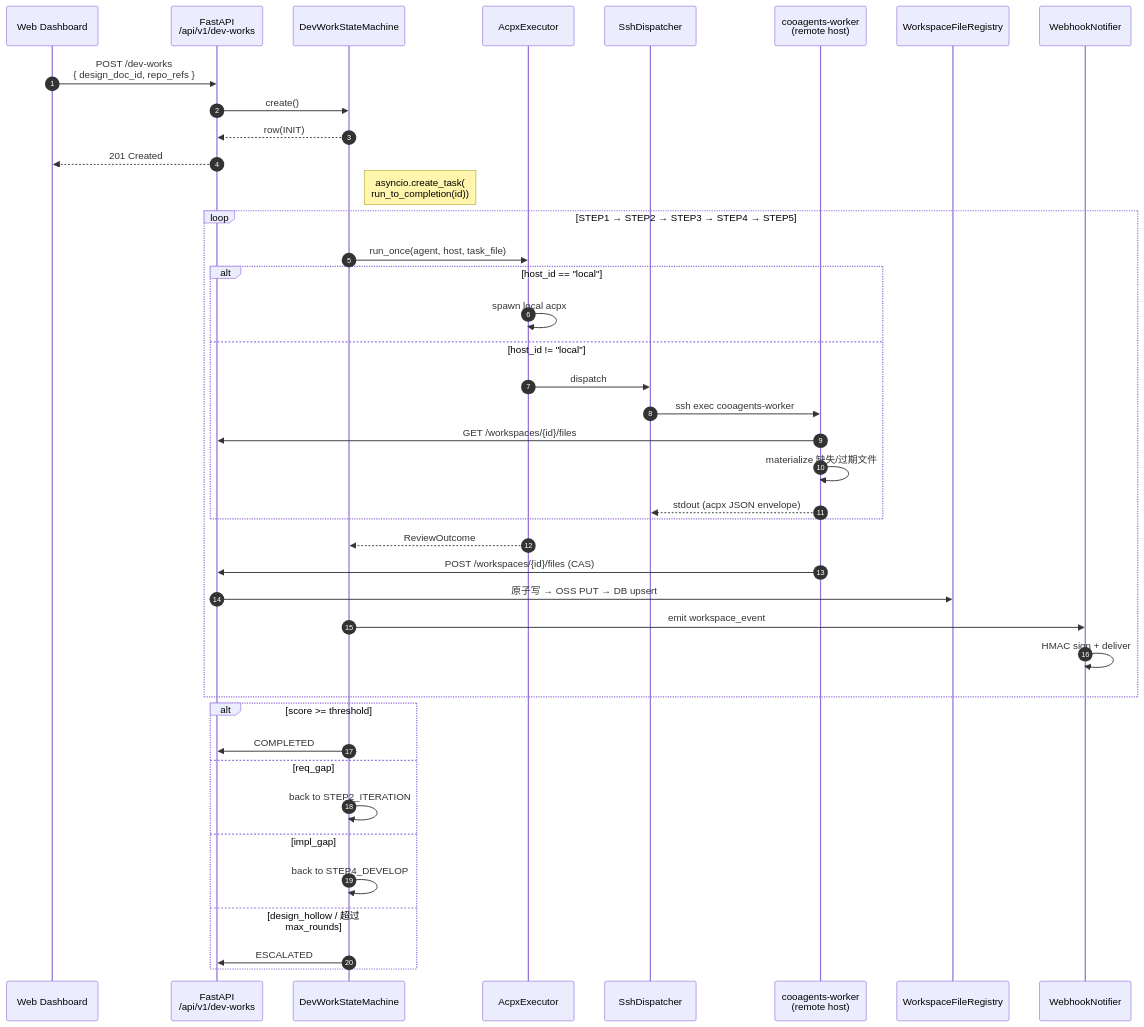
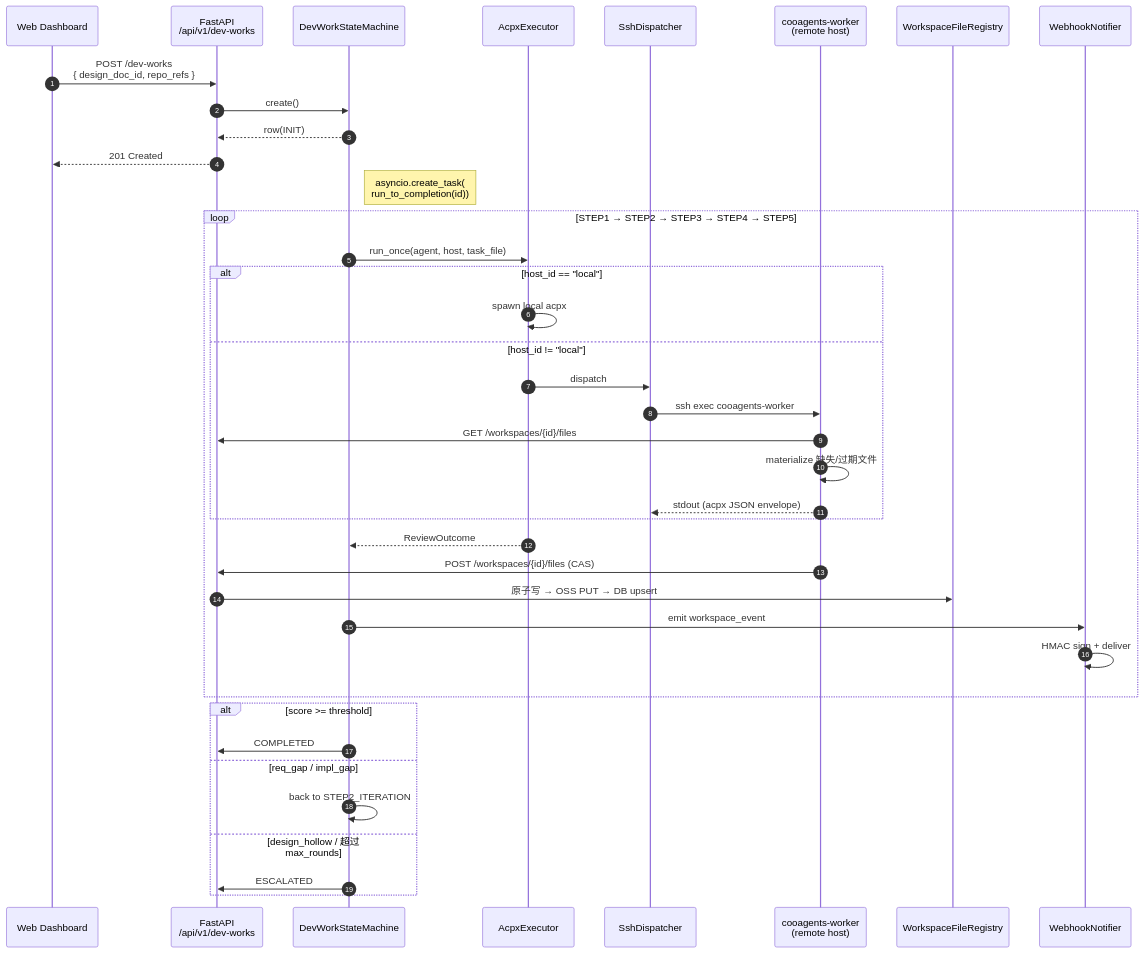
Before and after one commit to vaxtomis/cooagents: the second of 5 diagrams in README.md, drawn with Mermaid. The commit also changed other lines of this file and 14 other files, not shown here.

````diff
--- a/README.md
+++ b/README.md
@@ -148,46 +141,44 @@
 ```mermaid
 sequenceDiagram
   autonumber
   participant UI as Web Dashboard
   participant API as FastAPI<br/>/api/v1/dev-works
   participant SM as DevWorkStateMachine
   participant EX as AcpxExecutor
   participant SSH as SshDispatcher
   participant WK as cooagents-worker<br/>(remote host)
   participant REG as WorkspaceFileRegistry
   participant WH as WebhookNotifier
 
   UI->>API: POST /dev-works<br/>{ design_doc_id, repo_refs }
   API->>SM: create()
   SM-->>API: row(INIT)
   API-->>UI: 201 Created
   Note right of SM: asyncio.create_task(<br/>run_to_completion(id))
 
   loop STEP1 → STEP2 → STEP3 → STEP4 → STEP5
     SM->>EX: run_once(agent, host, task_file)
     alt host_id == "local"
       EX->>EX: spawn local acpx
     else host_id != "local"
       EX->>SSH: dispatch
       SSH->>WK: ssh exec cooagents-worker
       WK->>API: GET /workspaces/{id}/files
       WK->>WK: materialize 缺失/过期文件
       WK-->>SSH: stdout (acpx JSON envelope)
     end
     EX-->>SM: ReviewOutcome
     WK->>API: POST /workspaces/{id}/files (CAS)
     API->>REG: 原子写 → OSS PUT → DB upsert
     SM->>WH: emit workspace_event
     WH->>WH: HMAC sign + deliver
   end
 
   alt score >= threshold
     SM->>API: COMPLETED
-  else req_gap
+  else req_gap / impl_gap
     SM->>SM: back to STEP2_ITERATION
-  else impl_gap
-    SM->>SM: back to STEP4_DEVELOP
   else design_hollow / 超过 max_rounds
     SM->>API: ESCALATED
   end
 ```
````
